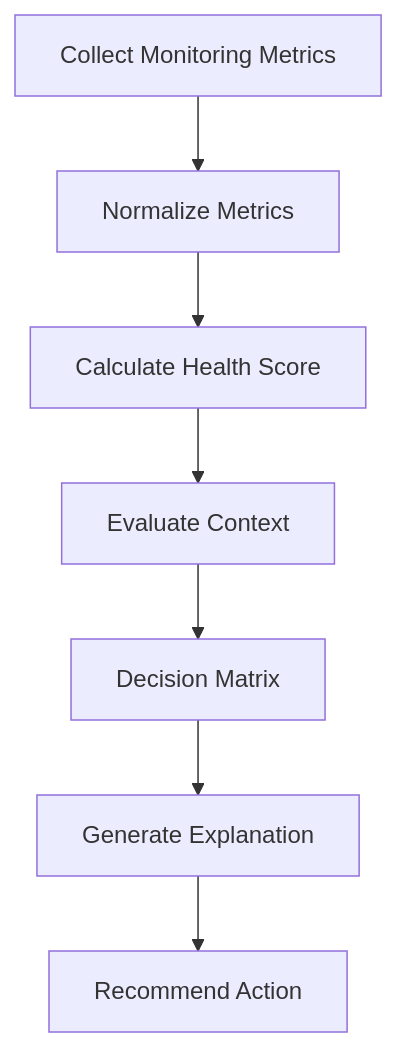
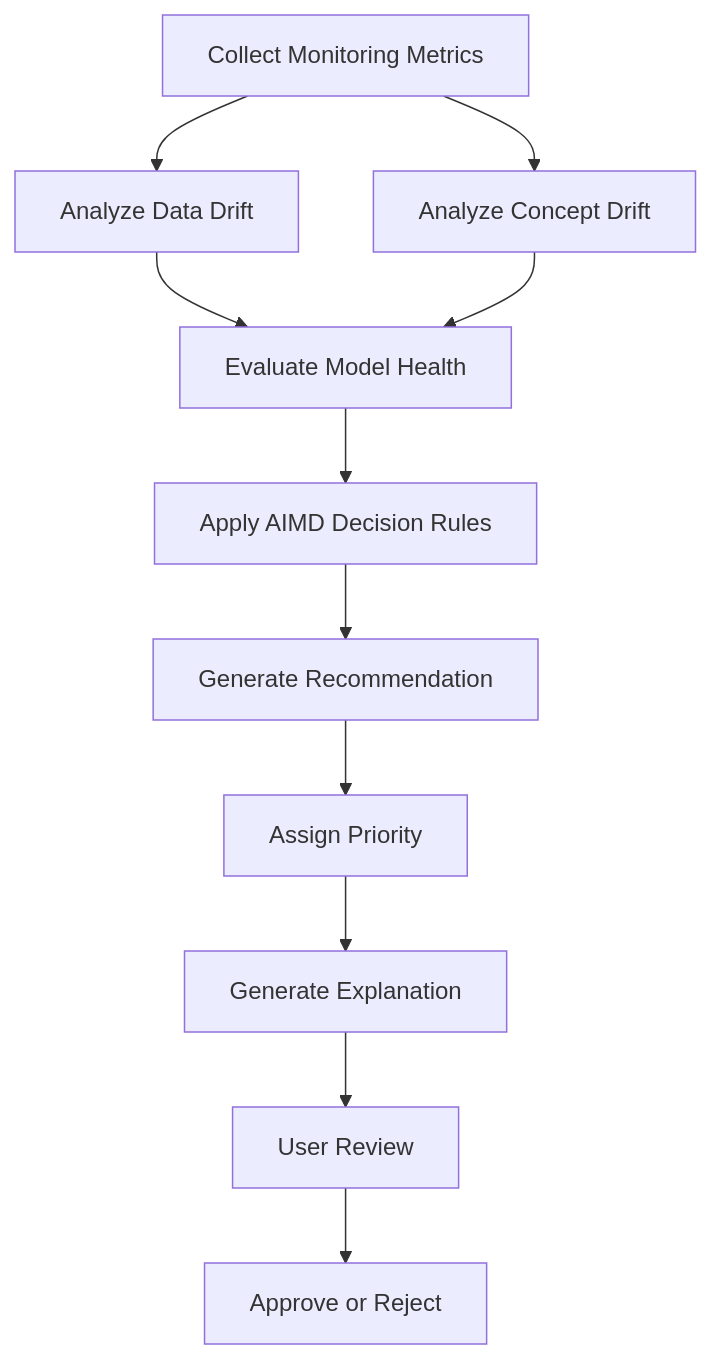
One commit to shailendrasinghrathore369/PhoenixML changed the third of 3 diagrams in docs/02-decision-engine.md. Above: the diagram before and after it, drawn with Mermaid. The commit also changed other lines of this file and 6 other files, not shown here.

````diff
--- a/docs/02-decision-engine.md
+++ b/docs/02-decision-engine.md
@@ -229,18 +302,43 @@
 ```mermaid
 flowchart TD
 
 A[Collect Monitoring Metrics]
-B[Normalize Metrics]
-C[Calculate Health Score]
-D[Evaluate Context]
-E[Decision Matrix]
-F[Generate Explanation]
-G[Recommend Action]
+
+B[Analyze Data Drift]
+
+C[Analyze Concept Drift]
+
+D[Evaluate Model Health]
+
+E[Apply AIMD Decision Rules]
+
+F[Generate Recommendation]
+
+G[Assign Priority]
+
+H[Generate Explanation]
+
+I[User Review]
+
+J[Approve or Reject]
 
 A --> B
-B --> C
+
+A --> C
+
+B --> D
+
 C --> D
+
 D --> E
+
 E --> F
+
 F --> G
+
+G --> H
+
+H --> I
+
+I --> J
 ```
````
